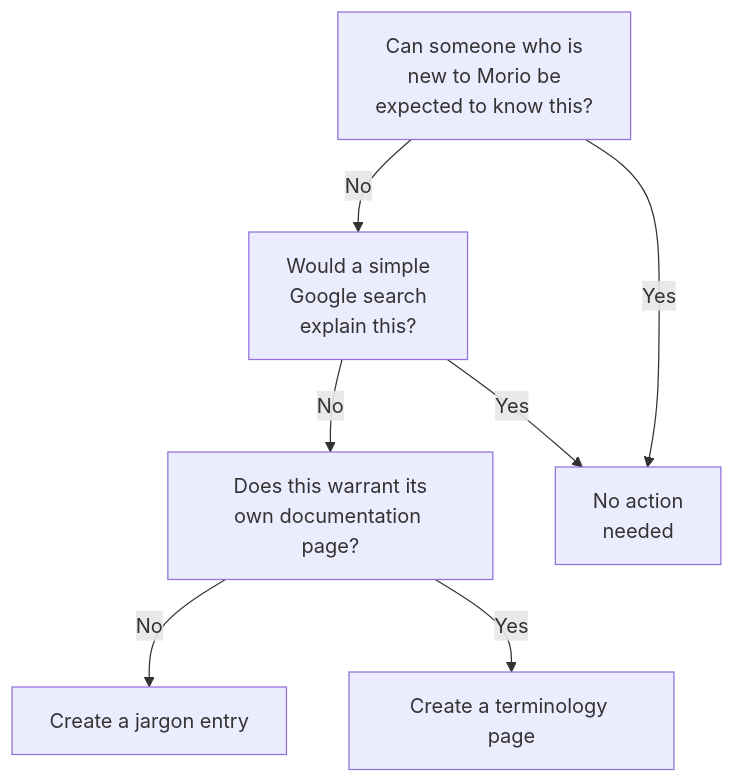
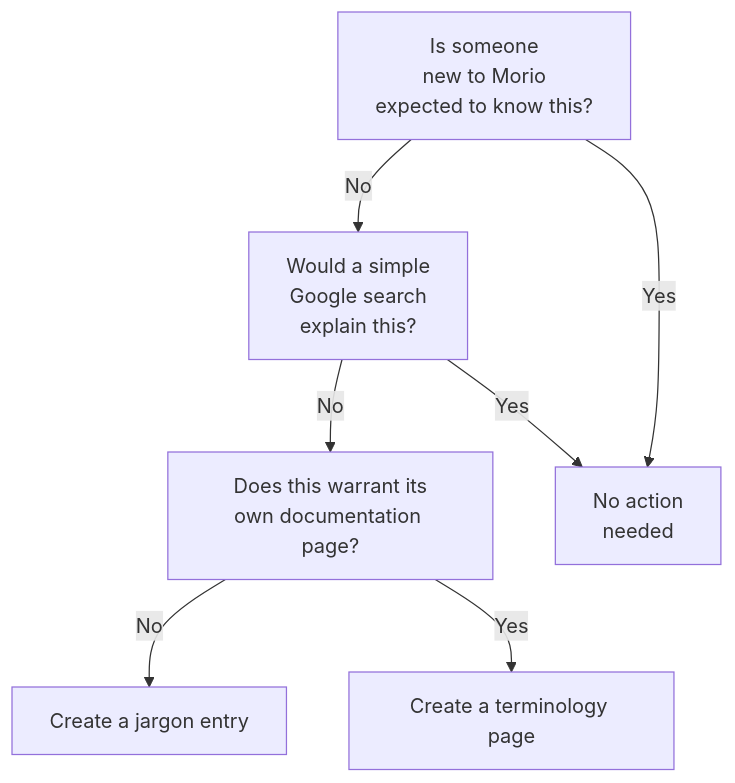
One commit to certeu/morio changed the diagram in docs/docs/guides/contributors/docs/readme.md. Above: the diagram before and after it, drawn with Mermaid. The commit also changed other lines of this file and 32 other files, not shown here.

````diff
--- a/docs/docs/guides/contributors/docs/readme.md
+++ b/docs/docs/guides/contributors/docs/readme.md
@@ -379,15 +454,15 @@
 ```mermaid
 graph TD;
   noop["No action\nneeded"]
-  1["Can someone who is\nnew to Morio be\nexpected to know this?"]
+  1["Is someone\nnew to Morio\nexpected to know this?"]
   2["Would a simple\nGoogle search\nexplain this?"]
   3["Does this warrant its\nown documentation page?"]
   jargon["Create a jargon entry"]
   terminology["Create a terminology page"]
   1-- Yes -->noop
   1-- No -->2
   2-- No -->3
   2-- Yes -->noop
   3-- No -->jargon
   3-- Yes -->terminology
 ```
````
